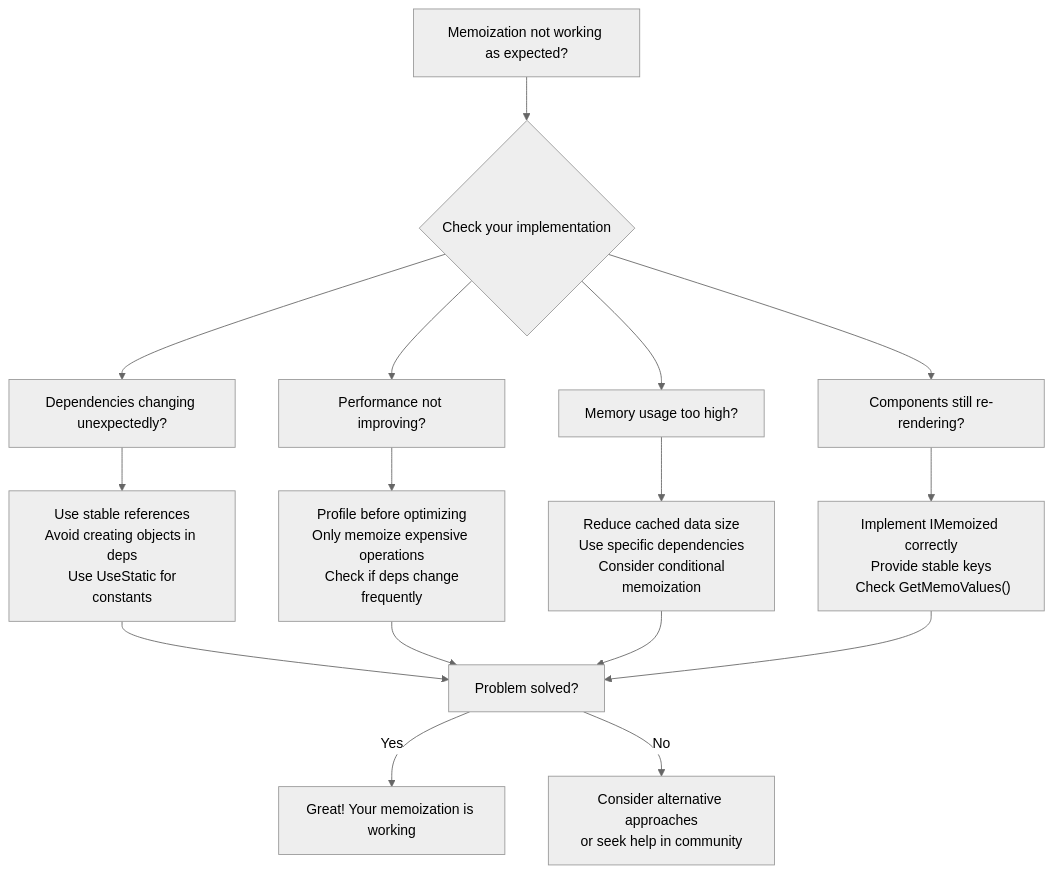
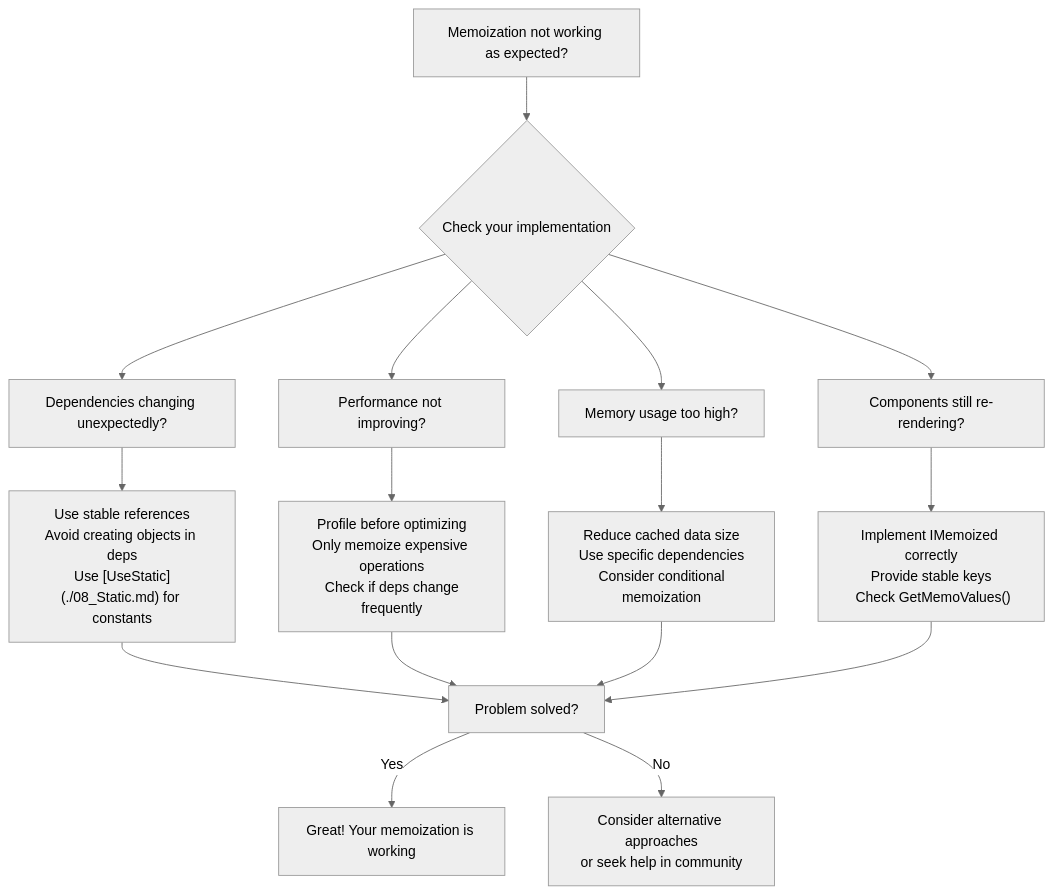
One commit to Ivy-Interactive/Ivy-Framework changed the fifth of 5 diagrams in Ivy.Docs.Shared/Docs/04_Hooks/05_Memo.md. Above: the diagram before and after it, drawn with Mermaid (neutral theme). The commit also changed other lines of this file and 5 other files, not shown here.

````diff
--- a/Ivy.Docs.Shared/Docs/04_Hooks/05_Memo.md
+++ b/Ivy.Docs.Shared/Docs/04_Hooks/05_Memo.md
@@ -424,22 +426,22 @@
 ```mermaid
 flowchart TD
     A["Memoization not working as expected?"] --> B{Check your implementation}
     
     B --> C["Dependencies changing unexpectedly?"]
     B --> D["Performance not improving?"]
     B --> E["Memory usage too high?"]
     B --> F["Components still re-rendering?"]
     
-    C --> C1["Use stable references<br/>Avoid creating objects in deps<br/> Use UseStatic for constants"]
+    C --> C1["Use stable references<br/>Avoid creating objects in deps<br/>Use [UseStatic](./08_Static.md) for constants"]
     D --> D1["Profile before optimizing<br/>Only memoize expensive operations<br/> Check if deps change frequently"]
     E --> E1["Reduce cached data size<br/>Use specific dependencies<br/> Consider conditional memoization"]
     F --> F1["Implement IMemoized correctly<br/>Provide stable keys<br/> Check GetMemoValues()"]
     
     C1 --> G["Problem solved?"]
     D1 --> G
     E1 --> G
     F1 --> G
     
     G -->|Yes| H["Great! Your memoization is working"]
     G -->|No| I["Consider alternative approaches<br/>or seek help in community"]
 ```
````
